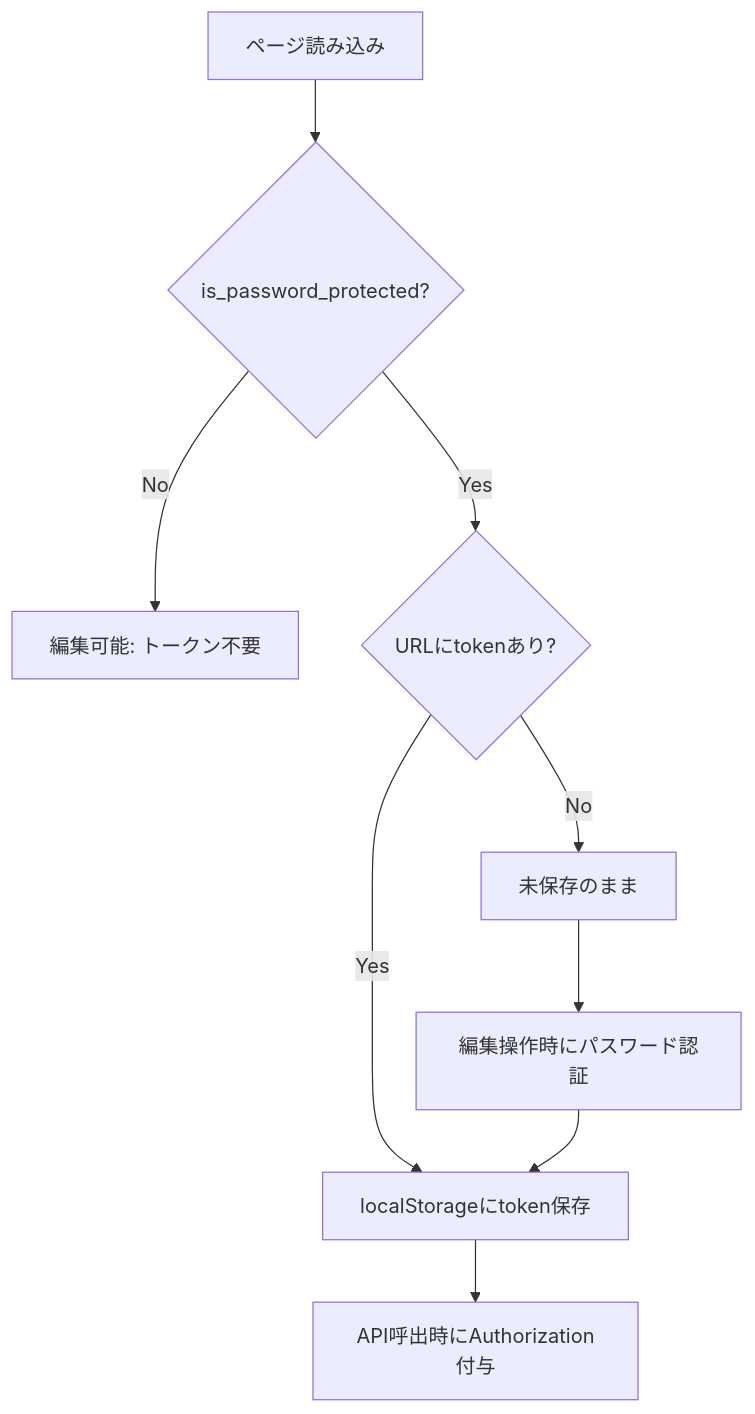
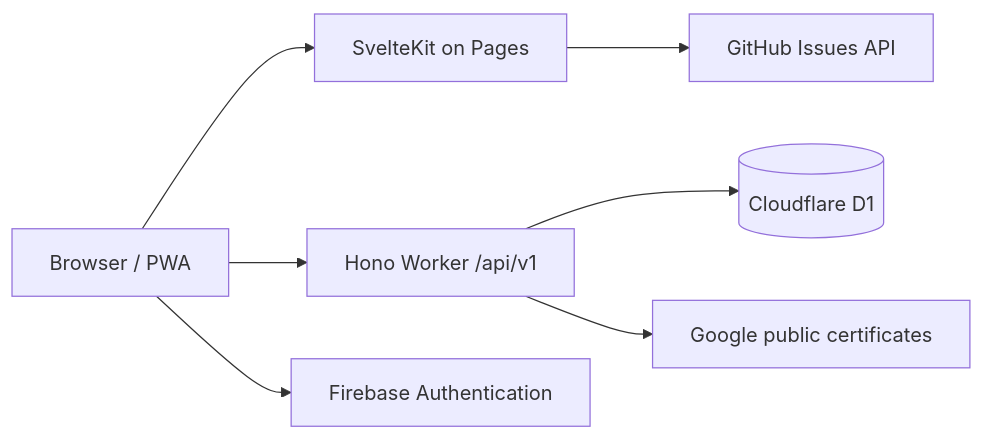
The first of 2 diagrams in docs/developer/architecture.md (soranjiro/tabitabi), drawn with Mermaid before and after one commit. The commit also changed other lines of this file and 31 other files, not shown here.

````diff
--- a/docs/developer/architecture.md
+++ b/docs/developer/architecture.md
@@ -207,11 +58,9 @@
 ```mermaid
-flowchart TD
-   A[ページ読み込み] --> B{is_password_protected?}
-   B -- No --> C[編集可能: トークン不要]
-   B -- Yes --> D{URLにtokenあり?}
-   D -- Yes --> E[localStorageにtoken保存]
-   D -- No --> F[未保存のまま]
-   E --> G[API呼出時にAuthorization付与]
-   F --> H[編集操作時にパスワード認証]
-   H --> E
+flowchart LR
+    Browser[Browser / PWA] --> Web[SvelteKit on Pages]
+    Browser --> API[Hono Worker /api/v1]
+    API --> D1[(Cloudflare D1)]
+    Browser --> Firebase[Firebase Authentication]
+    API --> FirebaseCerts[Google public certificates]
+    Web --> GitHub[GitHub Issues API]
 ```
````
